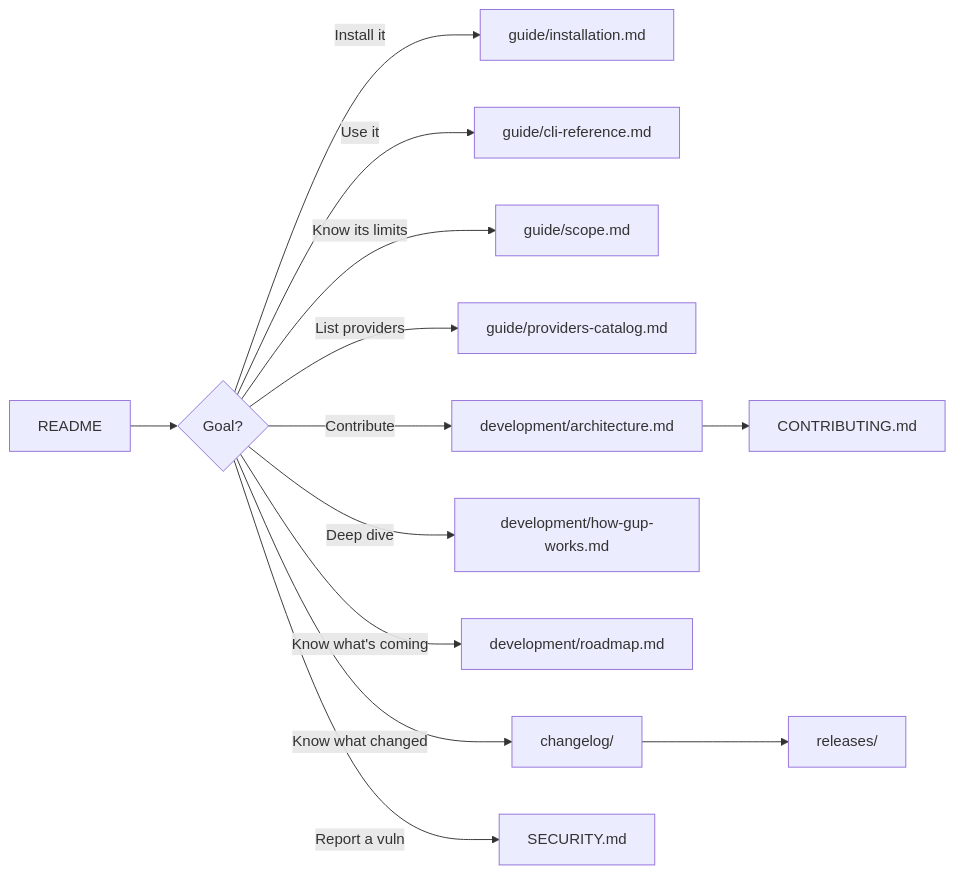
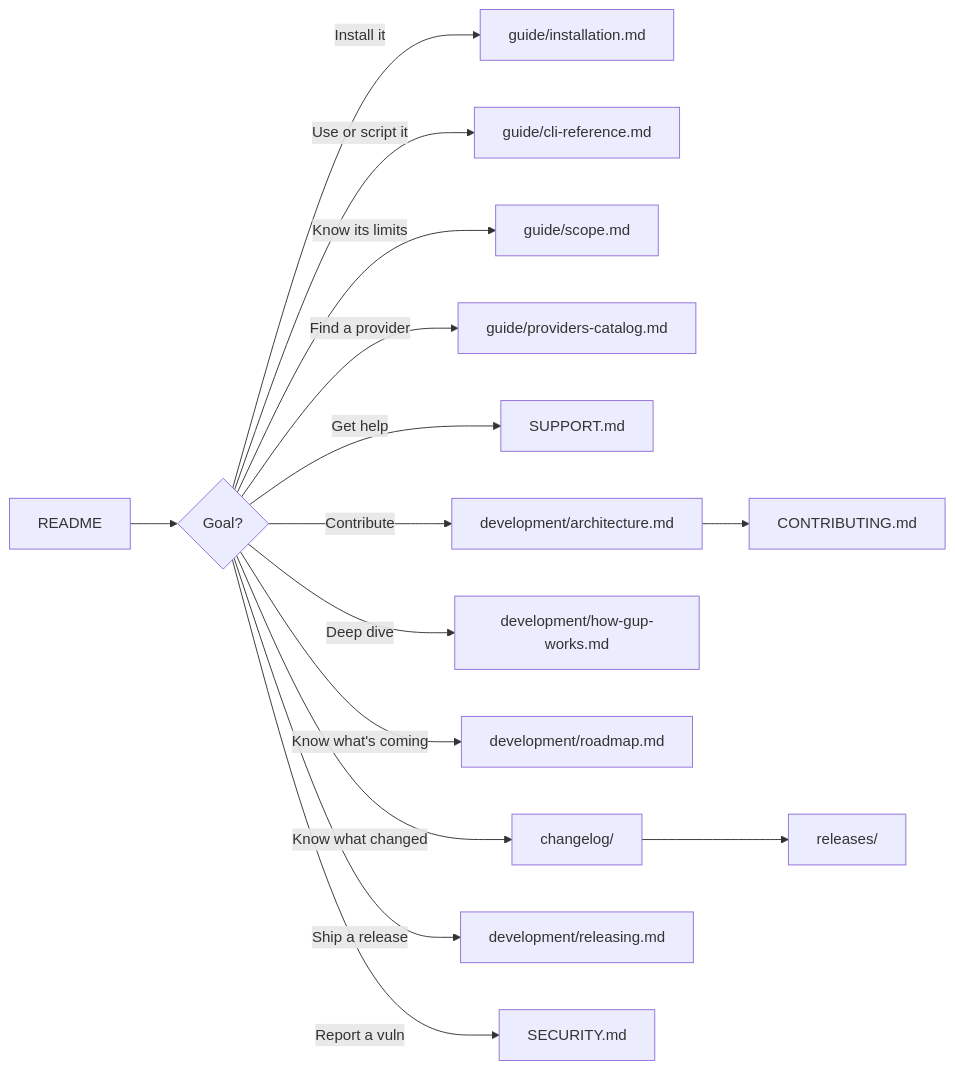
Before and after one commit to LINDECKER-Charles/gup: the diagram in docs/README.md, drawn with Mermaid. The commit also changed other lines of this file and 1 other file, not shown here.

````diff
--- a/docs/README.md
+++ b/docs/README.md
@@ -56,13 +76,15 @@
 ```mermaid
 flowchart LR
     A[README] --> B{Goal?}
     B -->|Install it| I[guide/installation.md]
-    B -->|Use it| C[guide/cli-reference.md]
-    B -->|Know its limits| S[guide/scope.md]
-    B -->|List providers| E[guide/providers-catalog.md]
+    B -->|Use or script it| C[guide/cli-reference.md]
+    B -->|Know its limits| SC[guide/scope.md]
+    B -->|Find a provider| E[guide/providers-catalog.md]
+    B -->|Get help| SUP[SUPPORT.md]
     B -->|Contribute| D[development/architecture.md] --> F[CONTRIBUTING.md]
     B -->|Deep dive| G[development/how-gup-works.md]
     B -->|Know what's coming| R[development/roadmap.md]
     B -->|Know what changed| L[changelog/] --> N[releases/]
+    B -->|Ship a release| REL[development/releasing.md]
     B -->|Report a vuln| H[SECURITY.md]
 ```
````
